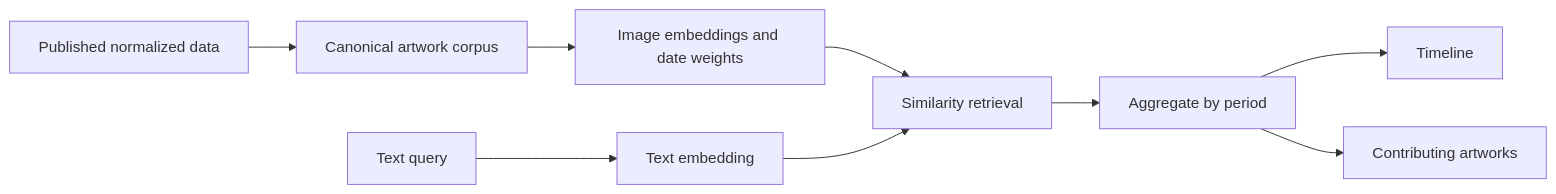
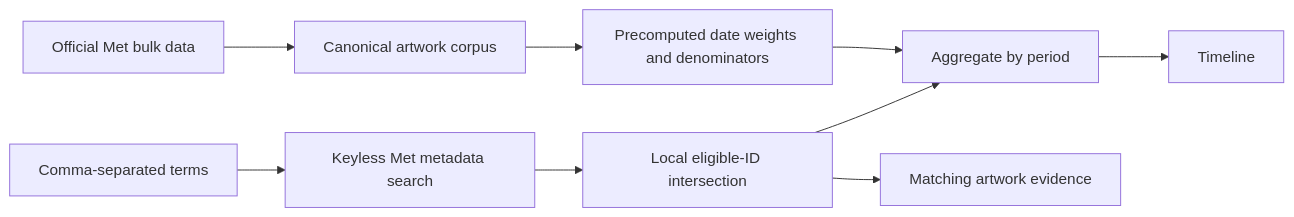
The diagram in README.md (hannahsgao/mnemosyne), drawn with Mermaid before and after one commit. The commit also changed other lines of this file and 3 other files, not shown here.

````diff
--- a/README.md
+++ b/README.md
@@ -84,11 +126,11 @@
 ```mermaid
 flowchart LR
-  A[Published normalized data] --> B[Canonical artwork corpus]
-  B --> C[Image embeddings and date weights]
-  Q[Text query] --> D[Text embedding]
-  C --> E[Similarity retrieval]
-  D --> E
-  E --> F[Aggregate by period]
+  A[Official Met bulk data] --> B[Canonical artwork corpus]
+  B --> C[Precomputed date weights and denominators]
+  Q[Comma-separated terms] --> D[Keyless Met metadata search]
+  D --> E[Local eligible-ID intersection]
+  C --> F[Aggregate by period]
+  E --> F
   F --> G[Timeline]
-  F --> H[Contributing artworks]
+  E --> H[Matching artwork evidence]
 ```
````
